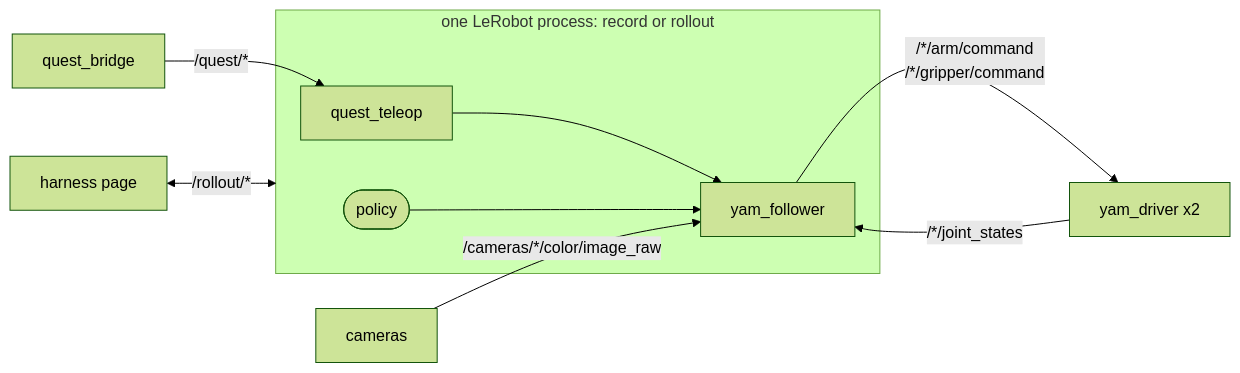
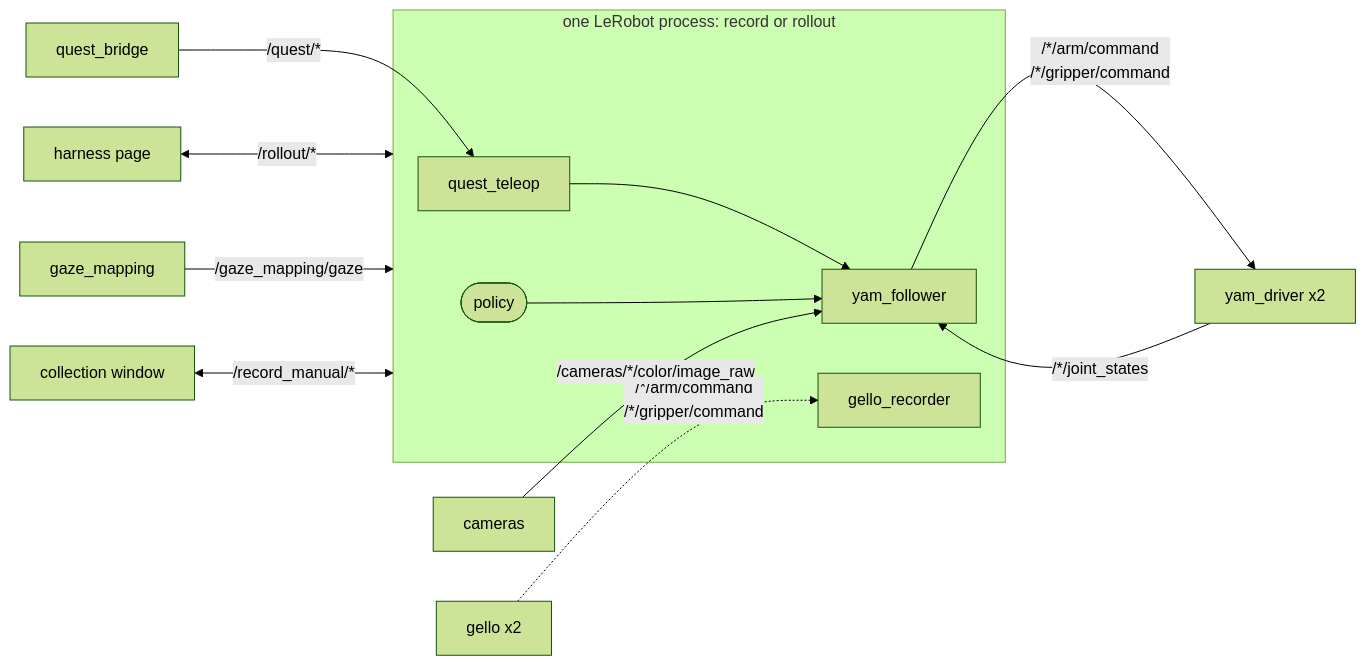
Before and after one commit to sparklabutah/SparklabRobotics-Infra: the diagram in src/lerobot_robot_sparklab/README.md, drawn with Mermaid (forest theme). The commit also changed other lines of this file and 11 other files, not shown here.

First line of the commit message:
lerobot_robot_sparklab: record GELLO teleop (bi_gello) and the Aria wearer's gaze

````diff
--- a/src/lerobot_robot_sparklab/README.md
+++ b/src/lerobot_robot_sparklab/README.md
@@ -12,12 +13,16 @@
 ```mermaid
 flowchart LR
     subgraph lerobot["one LeRobot process: record or rollout"]
         teleop[quest_teleop] --> robot[yam_follower]
         policy([policy]) --> robot
+        gr[gello_recorder]
     end
     bridge[quest_bridge] -->|"/quest/*"| teleop
+    gello["gello x2"] -.->|"/*/arm/command<br/>/*/gripper/command"| gr
     robot -- "/*/arm/command<br/>/*/gripper/command" --> drivers["yam_driver x2"]
     drivers -- "/*/joint_states" --> robot
     cams[cameras] -->|"/cameras/*/color/image_raw"| robot
     harness[harness page] <-->|"/rollout/*"| lerobot
+    gm[gaze_mapping] -->|"/gaze_mapping/gaze"| lerobot
+    window[collection window] <-->|"/record_manual/*"| lerobot
 ```
````
